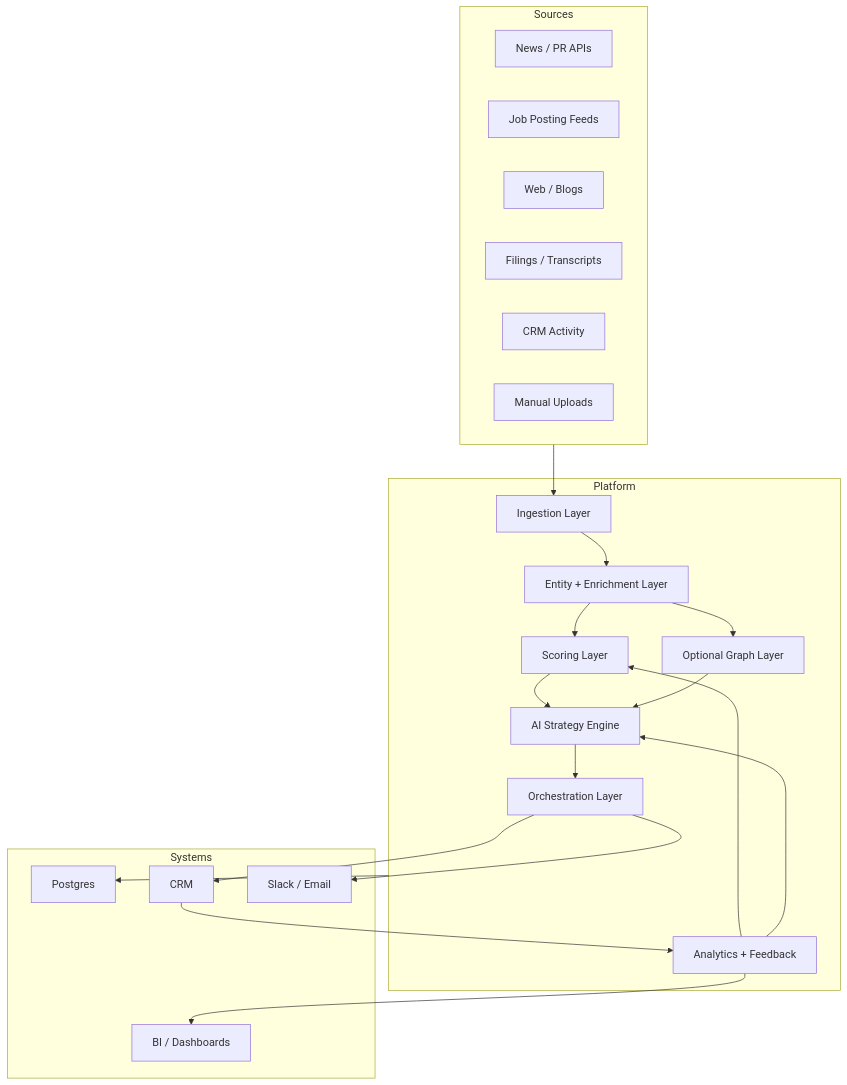
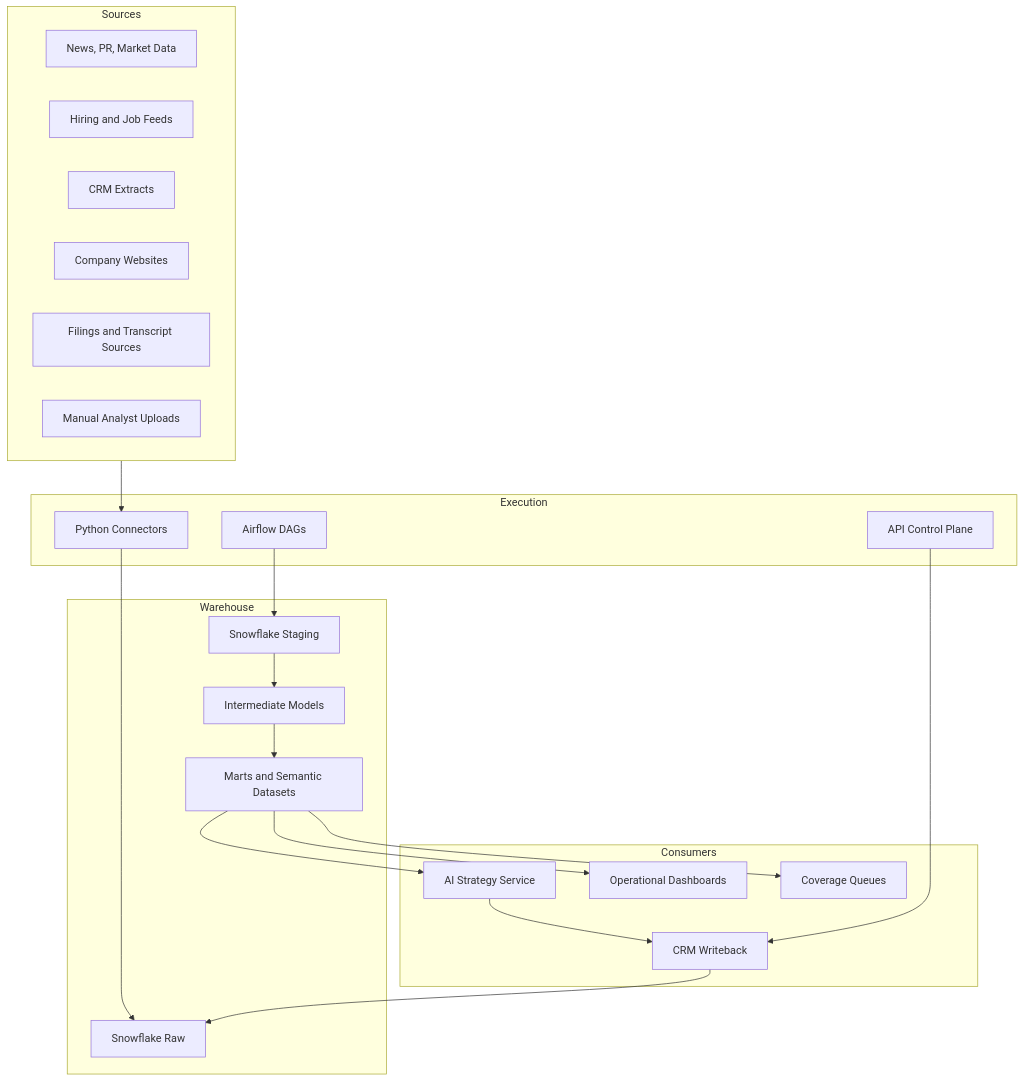
The first of 2 diagrams in ARCHITECTURE.md (yghias/dealflow-ai-engine), drawn with Mermaid before and after one commit. The commit also changed other lines of this file and 82 other files, not shown here.

Commit message:
Refactor repository for SQL-first platform architecture

````diff
--- a/ARCHITECTURE.md
+++ b/ARCHITECTURE.md
@@ -6,43 +6,43 @@
 ```mermaid
 flowchart TB
     subgraph Sources
-        S1["News / PR APIs"]
-        S2["Job Posting Feeds"]
-        S3["Web / Blogs"]
-        S4["Filings / Transcripts"]
-        S5["CRM Activity"]
-        S6["Manual Uploads"]
+        S1["News, PR, Market Data"]
+        S2["Hiring and Job Feeds"]
+        S3["CRM Extracts"]
+        S4["Company Websites"]
+        S5["Filings and Transcript Sources"]
+        S6["Manual Analyst Uploads"]
     end
 
-    subgraph Platform
-        P1["Ingestion Layer"]
-        P2["Entity + Enrichment Layer"]
-        P3["Scoring Layer"]
-        P4["AI Strategy Engine"]
-        P5["Orchestration Layer"]
-        P6["Analytics + Feedback"]
-        P7["Optional Graph Layer"]
+    subgraph Execution
+        E1["Python Connectors"]
+        E2["Airflow DAGs"]
+        E3["API Control Plane"]
     end
 
-    subgraph Systems
-        T1["Postgres"]
-        T2["CRM"]
-        T3["Slack / Email"]
-        T4["BI / Dashboards"]
+    subgraph Warehouse
+        W1["Snowflake Raw"]
+        W2["Snowflake Staging"]
+        W3["Intermediate Models"]
+        W4["Marts and Semantic Datasets"]
     end
 
-    Sources --> P1
-    P1 --> P2
-    P2 --> P3
-    P3 --> P4
-    P4 --> P5
-    P5 --> T2
-    P5 --> T3
-    T2 --> P6
-    P6 --> T4
-    P6 --> P3
-    P6 --> P4
-    P2 --> P7
-    P7 --> P4
-    Platform --> T1
+    subgraph Consumers
+        C1["AI Strategy Service"]
+        C2["CRM Writeback"]
+        C3["Operational Dashboards"]
+        C4["Coverage Queues"]
+    end
+
+    Sources --> E1
+    E1 --> W1
+    E2 --> W2
+    W2 --> W3
+    W3 --> W4
+    W4 --> C1
+    W4 --> C3
+    W4 --> C4
+    C1 --> C2
+    C2 --> W1
+    E3 --> C2
 ```
````
